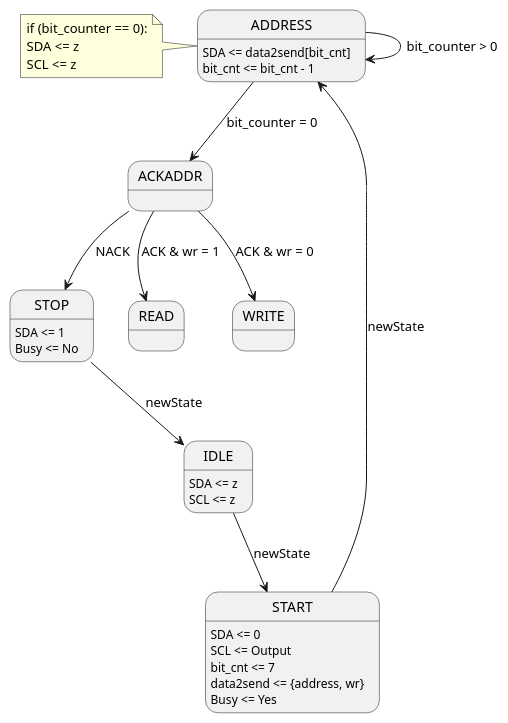
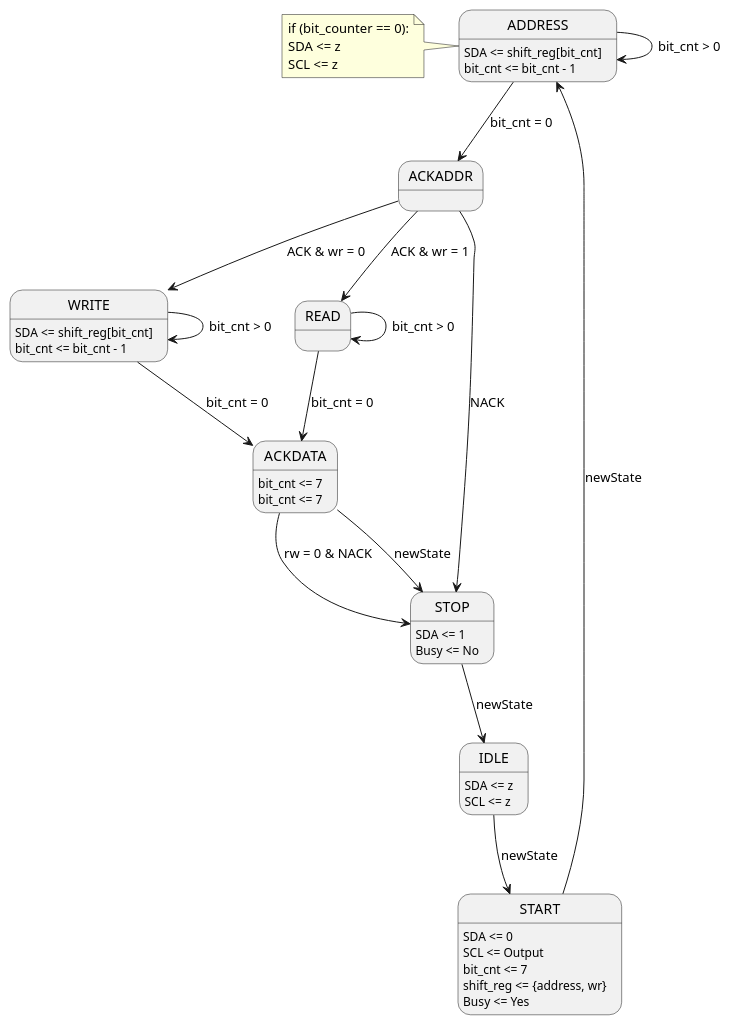
Before and after one commit to johnnycubides/digital-electronic-1-101: the diagram in fpga-example/ice40-hx8k-breakout-board/i2c_master/i2cmaster.pu, drawn with PlantUML.

```diff
--- a/fpga-example/ice40-hx8k-breakout-board/i2c_master/i2cmaster.pu
+++ b/fpga-example/ice40-hx8k-breakout-board/i2c_master/i2cmaster.pu
@@ -1,46 +1,64 @@
 @startuml
 
 '### Selectors
 'state ACK_choice <<choice>>
 
 '### States
 state IDLE
 state START
 state ADDRESS
 state ACKADDR
+state ACKDATA
+state WRITE
+state ACKDATA
+state READ
+state ACKDATA
 state STOP
 
 '### Transitions
-IDLE --> START : newState
-START --> ADDRESS : newState
-ADDRESS --> ADDRESS: bit_counter > 0
-ADDRESS --> ACKADDR: bit_counter = 0
-ACKADDR --> READ : ACK & wr = 1
-ACKADDR --> WRITE : ACK & wr = 0
-ACKADDR --> STOP : NACK
-STOP --> IDLE : newState
+IDLE --> START: newState
+START --> ADDRESS: newState
+ADDRESS --> ADDRESS: bit_cnt > 0
+ADDRESS --> ACKADDR: bit_cnt = 0
+ACKADDR --> READ: ACK & wr = 1
+ACKADDR --> WRITE: ACK & wr = 0
+ACKADDR --> STOP: NACK
+WRITE --> WRITE: bit_cnt > 0
+WRITE --> ACKDATA: bit_cnt = 0
+ACKDATA --> STOP: rw = 0 & NACK
+READ --> READ: bit_cnt > 0
+READ --> ACKDATA: bit_cnt = 0
+ACKDATA --> STOP: newState
+STOP --> IDLE: newState
 
 '### Values in states
 IDLE: SDA <= z
 IDLE: SCL <= z
 
 START: SDA <= 0
 START: SCL <= Output
 START: bit_cnt <= 7
-START: data2send <= {address, wr}
+START: shift_reg <= {address, wr}
 START: Busy <= Yes
 
-ADDRESS: SDA <= data2send[bit_cnt]
+ADDRESS: SDA <= shift_reg[bit_cnt]
 ADDRESS: bit_cnt <= bit_cnt - 1
+
+ACKDATA: bit_cnt <= 7
+
+WRITE: SDA <= shift_reg[bit_cnt]
+WRITE: bit_cnt <= bit_cnt - 1
+
+ACKDATA: bit_cnt <= 7
 
 STOP: SDA <= 1
 STOP: Busy <= No
 
 
 '### Notes in states
 note left of ADDRESS
   if (bit_counter == 0):
   SDA <= z
   SCL <= z
 end note
 @enduml
```
